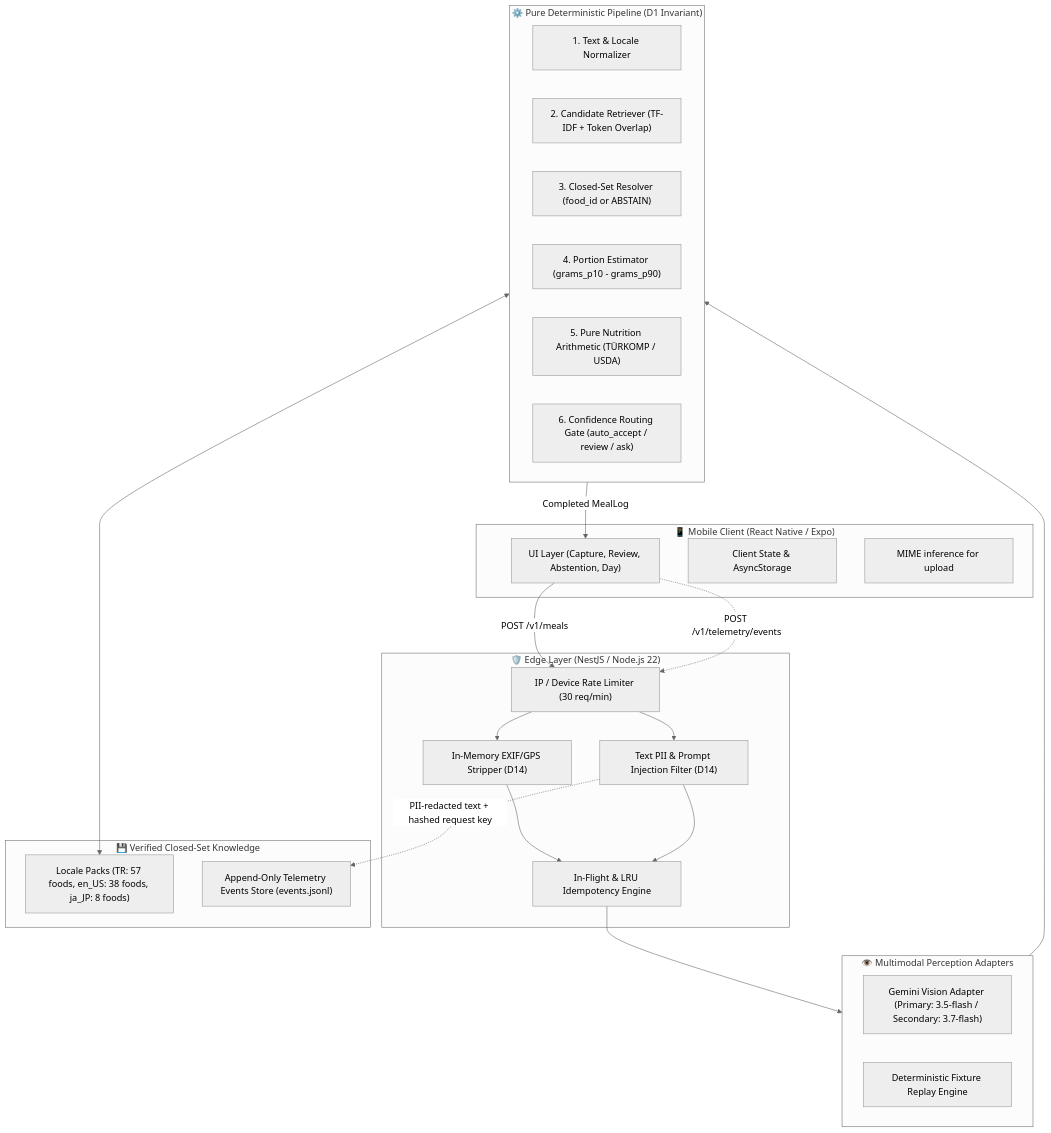
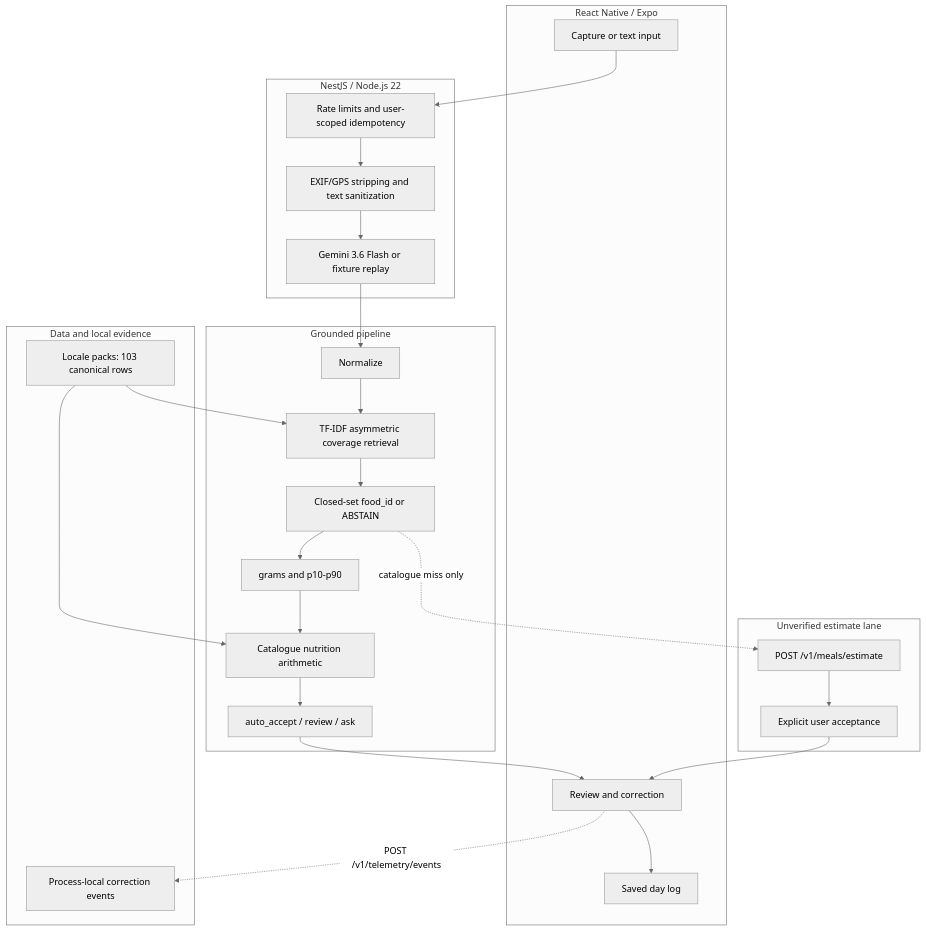
The first of 3 diagrams in docs/architecture.md (zexy2/mealog-case-study), drawn with Mermaid (neutral theme) before and after one commit. The commit also changed other lines of this file and 6 other files, not shown here.

````diff
--- a/docs/architecture.md
+++ b/docs/architecture.md
@@ -13,46 +9,40 @@
 ```mermaid
 flowchart TD
-    subgraph Client["📱 Mobile Client (React Native / Expo)"]
-        UI["UI Layer (Capture, Review, Abstention, Day)"]
-        ClientState["Client State & AsyncStorage"]
-        MimeDetector["MIME inference for upload"]
+    subgraph Mobile[React Native / Expo]
+        Capture[Capture or text input]
+        Review[Review and correction]
+        Day[Saved day log]
     end
 
-    subgraph Edge["🛡️ Edge Layer (NestJS / Node.js 22)"]
-        RateLimiter["IP / Device Rate Limiter (30 req/min)"]
-        ImageSanitizer["In-Memory EXIF/GPS Stripper (D14)"]
-        PiiSanitizer["Text PII & Prompt Injection Filter (D14)"]
-        Idempotency["In-Flight & LRU Idempotency Engine"]
+    subgraph Edge[NestJS / Node.js 22]
+        Limits[Rate limits and user-scoped idempotency]
+        Privacy[EXIF/GPS stripping and text sanitization]
+        Vision[Gemini 3.6 Flash or fixture replay]
     end
 
-    subgraph Perception["👁️ Multimodal Perception Adapters"]
-        GeminiAdapter["Gemini Vision Adapter (Primary: 3.5-flash / Secondary: 3.7-flash)"]
-        FixtureAdapter["Deterministic Fixture Replay Engine"]
+    subgraph Grounded[Grounded pipeline]
+        Normalize[Normalize]
+        Retrieve[TF-IDF asymmetric coverage retrieval]
+        Resolve[Closed-set food_id or ABSTAIN]
+        Portion[grams and p10-p90]
+        Nutrition[Catalogue nutrition arithmetic]
+        Gate[auto_accept / review / ask]
     end
 
-    subgraph Pipeline["⚙️ Pure Deterministic Pipeline (D1 Invariant)"]
-        Normalize["1. Text & Locale Normalizer"]
-        Retrieve["2. Candidate Retriever (TF-IDF + Token Overlap)"]
-        Resolve["3. Closed-Set Resolver (food_id or ABSTAIN)"]
-        Portion["4. Portion Estimator (grams_p10 - grams_p90)"]
-        Nutrition["5. Pure Nutrition Arithmetic (TÜRKOMP / USDA)"]
-        Gate["6. Confidence Routing Gate (auto_accept / review / ask)"]
+    subgraph Optional[Unverified estimate lane]
+        Estimate[POST /v1/meals/estimate]
+        Accept[Explicit user acceptance]
     end
 
-    subgraph Storage["💾 Verified Closed-Set Knowledge"]
-        LocalePacks["Locale Packs (TR: 57 foods, en_US: 38 foods, ja_JP: 8 foods)"]
-        TelemetryStore["Append-Only Telemetry Events Store (events.jsonl)"]
+    subgraph Data[Data and local evidence]
+        Packs[Locale packs: 103 canonical rows]
+        Telemetry[Process-local correction events]
     end
 
-    UI -->|POST /v1/meals| RateLimiter
-    RateLimiter --> ImageSanitizer
-    RateLimiter --> PiiSanitizer
-    ImageSanitizer --> Idempotency
-    PiiSanitizer --> Idempotency
-    Idempotency --> Perception
-    Perception --> Pipeline
-    Pipeline <--> LocalePacks
-    Pipeline -->|Completed MealLog| UI
-    UI -.->|POST /v1/telemetry/events| RateLimiter
-    PiiSanitizer -.->|PII-redacted text + hashed request key| TelemetryStore
+    Capture --> Limits --> Privacy --> Vision --> Normalize --> Retrieve --> Resolve
+    Resolve --> Portion --> Nutrition --> Gate --> Review --> Day
+    Packs --> Retrieve
+    Packs --> Nutrition
+    Resolve -. catalogue miss only .-> Estimate --> Accept --> Review
+    Review -. POST /v1/telemetry/events .-> Telemetry
 ```
````
